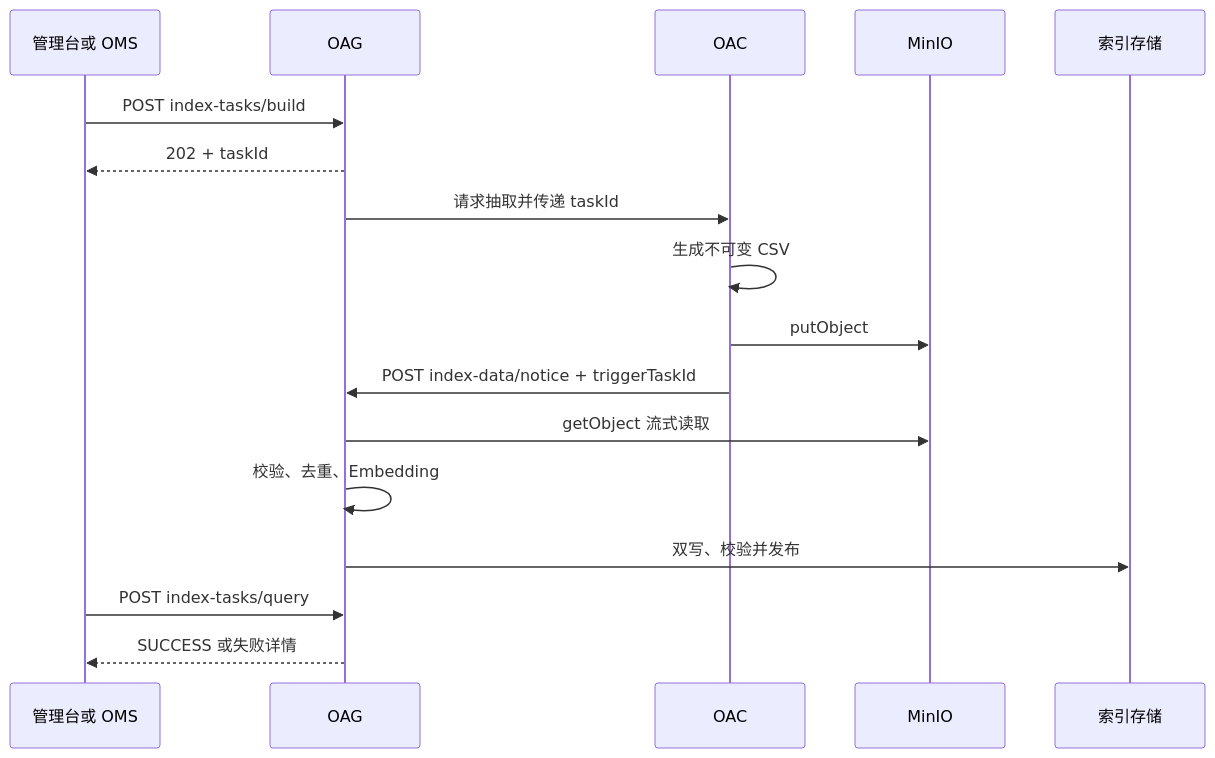
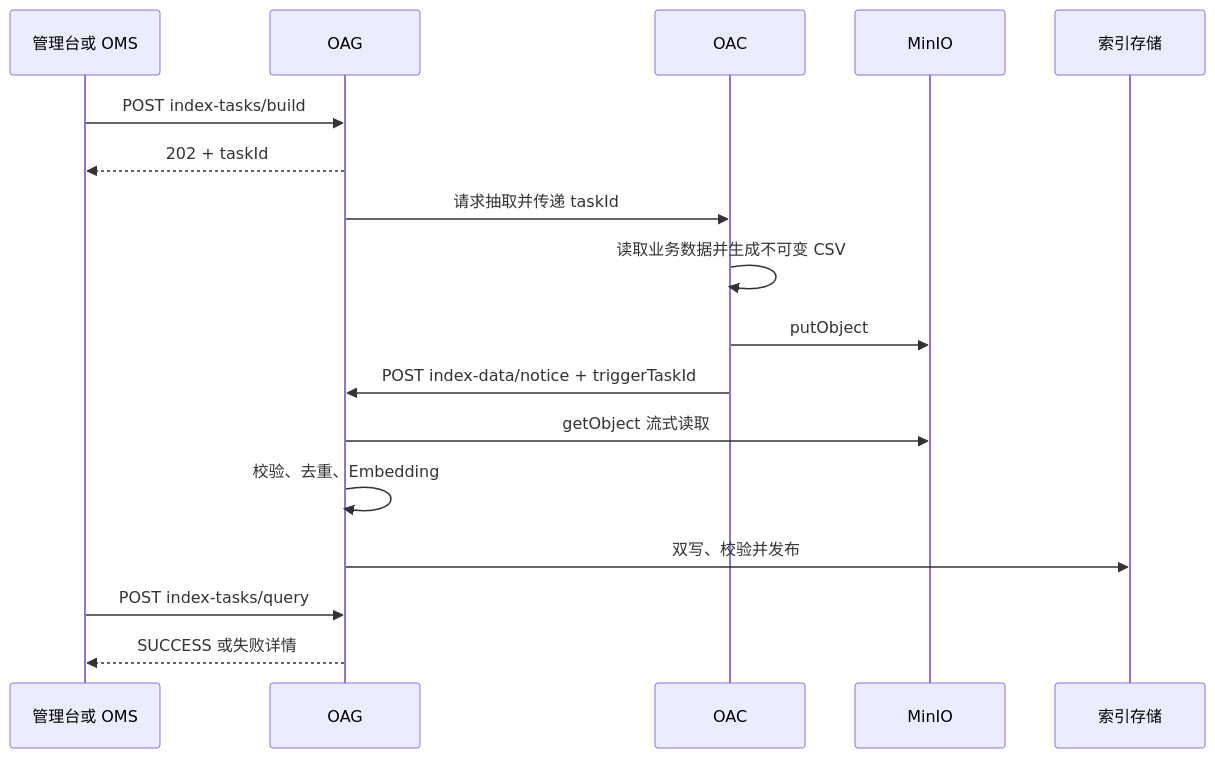
The fourth of 7 diagrams in docs/OAG本体锚点语义检索与向量索引设计方案.md (cfwl100/onology_dsl), drawn with Mermaid before and after one commit. The commit also changed other lines of this file, not shown here.

````diff
--- a/docs/OAG本体锚点语义检索与向量索引设计方案.md
+++ b/docs/OAG本体锚点语义检索与向量索引设计方案.md
@@ -1559,20 +1468,20 @@
 ```mermaid
 sequenceDiagram
     participant C as 管理台或 OMS
     participant G as OAG
     participant A as OAC
     participant M as MinIO
     participant I as 索引存储
 
     C->>G: POST index-tasks/build
     G-->>C: 202 + taskId
     G->>A: 请求抽取并传递 taskId
-    A->>A: 生成不可变 CSV
+    A->>A: 读取业务数据并生成不可变 CSV
     A->>M: putObject
     A->>G: POST index-data/notice + triggerTaskId
     G->>M: getObject 流式读取
     G->>G: 校验、去重、Embedding
     G->>I: 双写、校验并发布
     C->>G: POST index-tasks/query
     G-->>C: SUCCESS 或失败详情
 ```
````
